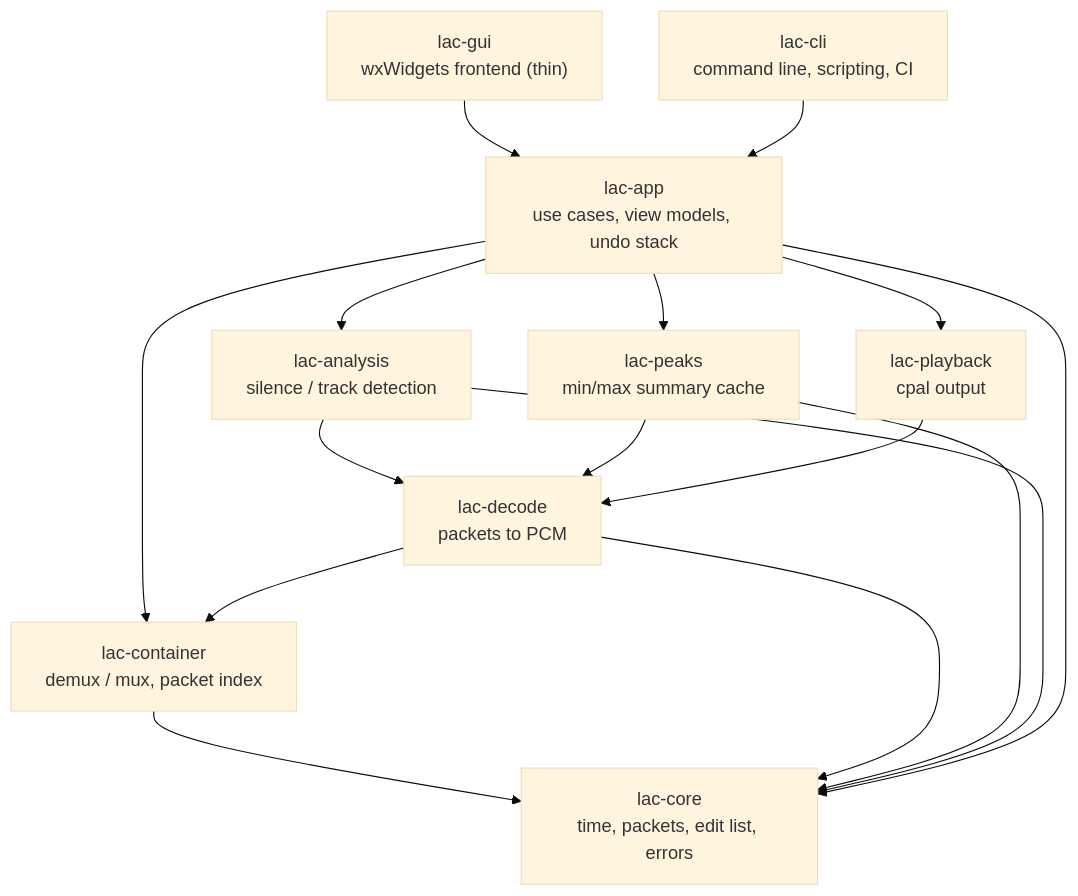
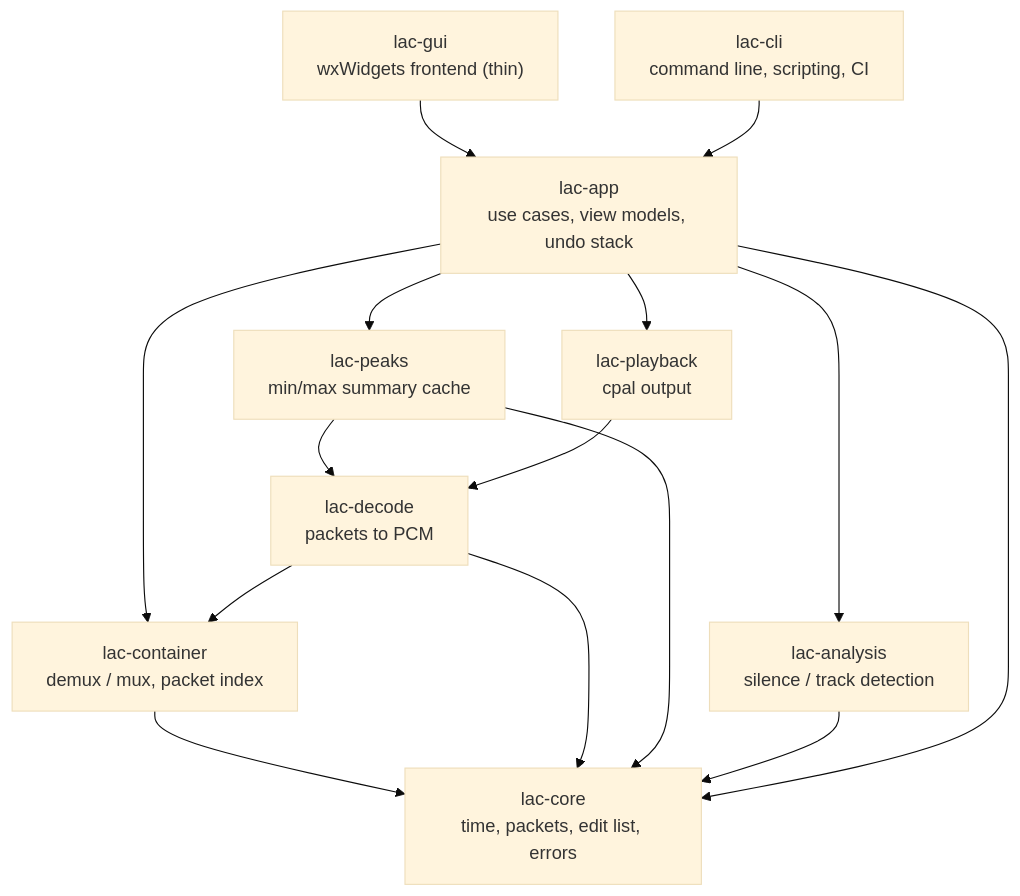
The first of 2 diagrams in docs/architecture.md (gunterkoenigsmann/losslessaudiocut), drawn with Mermaid (base theme) before and after one commit. The commit also changed other lines of this file and 14 other files, not shown here.

````diff
--- a/docs/architecture.md
+++ b/docs/architecture.md
@@ -72,28 +72,27 @@
 ```mermaid
 graph TD
     gui["lac-gui<br/>wxWidgets frontend (thin)"]
     cli["lac-cli<br/>command line, scripting, CI"]
     app["lac-app<br/>use cases, view models, undo stack"]
     analysis["lac-analysis<br/>silence / track detection"]
     peaks["lac-peaks<br/>min/max summary cache"]
     play["lac-playback<br/>cpal output"]
     decode["lac-decode<br/>packets to PCM"]
     container["lac-container<br/>demux / mux, packet index"]
     core["lac-core<br/>time, packets, edit list, errors"]
 
     gui --> app
     cli --> app
     app --> analysis
     app --> peaks
     app --> play
     app --> container
-    analysis --> decode
     peaks --> decode
     play --> decode
     decode --> container
     container --> core
     decode --> core
     peaks --> core
     analysis --> core
     app --> core
 ```
````
